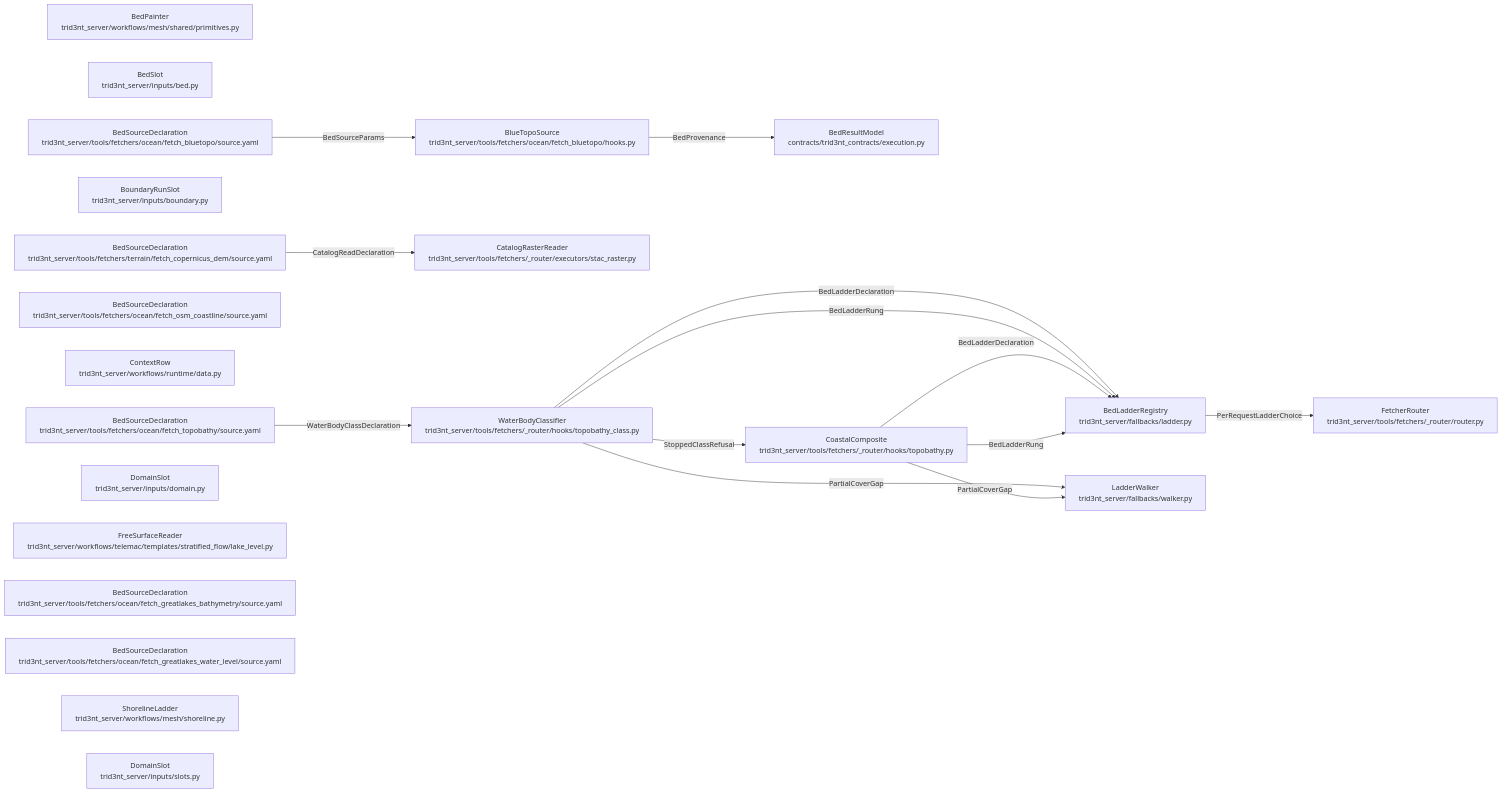
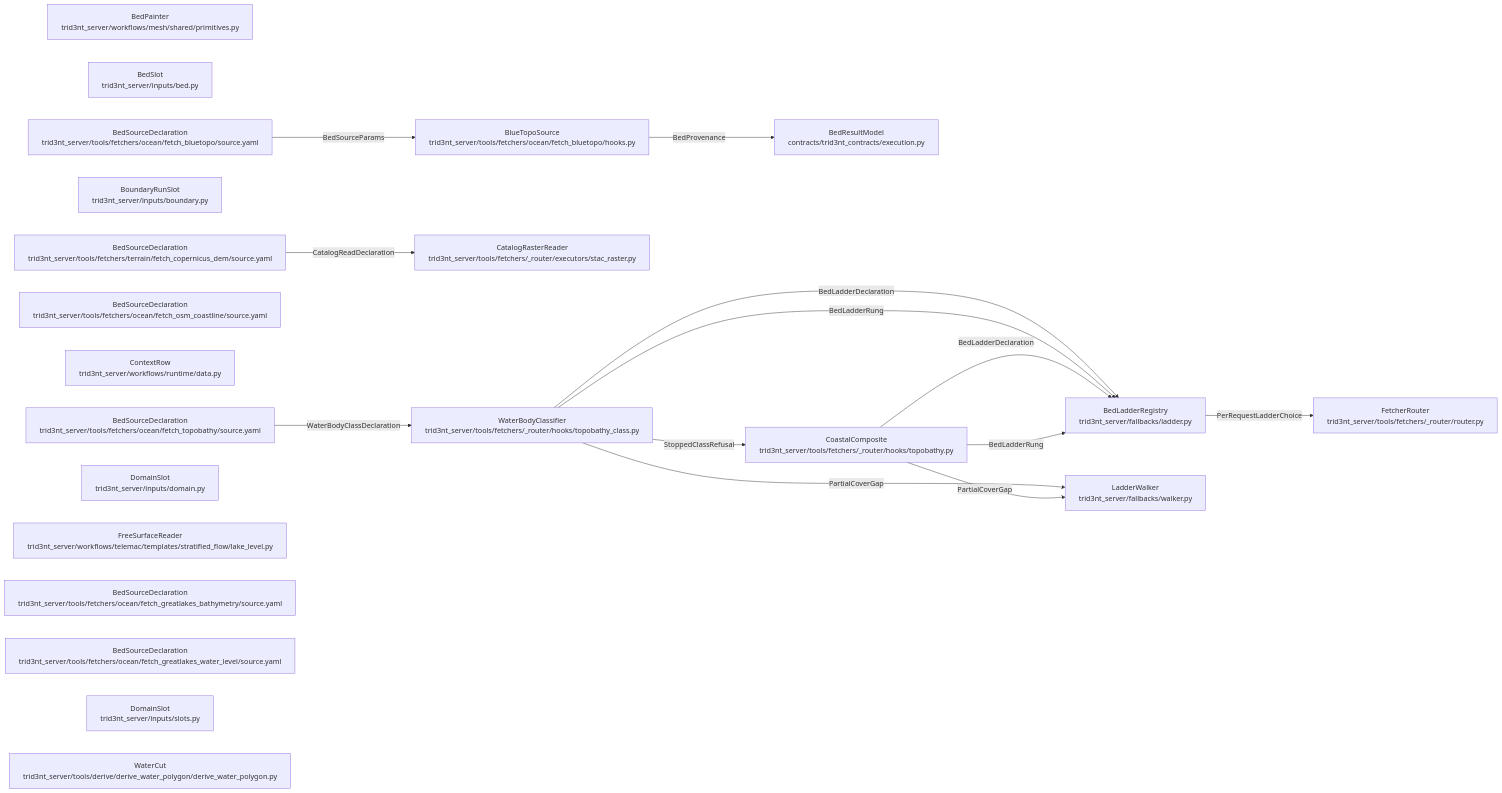
One commit to double-r-squared/trid3nt-qgis-plugin changed the diagram in docs/model/data-seam-view.md. Above: the diagram before and after it, drawn with Mermaid. The commit also changed other lines of this file and 56 other files, not shown here.

````diff
--- a/docs/model/data-seam-view.md
+++ b/docs/model/data-seam-view.md
@@ -9,37 +9,37 @@
 ```mermaid
 flowchart LR
     bedLadderRegistry["BedLadderRegistry<br/>trid3nt_server/fallbacks/ladder.py"]
     bedPainter["BedPainter<br/>trid3nt_server/workflows/mesh/shared/primitives.py"]
     bedResultModel["BedResultModel<br/>contracts/trid3nt_contracts/execution.py"]
     bedSlot["BedSlot<br/>trid3nt_server/inputs/bed.py"]
     blueTopoDeclaration["BedSourceDeclaration<br/>trid3nt_server/tools/fetchers/ocean/fetch_bluetopo/source.yaml"]
     blueTopoSource["BlueTopoSource<br/>trid3nt_server/tools/fetchers/ocean/fetch_bluetopo/hooks.py"]
     boundaryRunSlot["BoundaryRunSlot<br/>trid3nt_server/inputs/boundary.py"]
     coastalComposite["CoastalComposite<br/>trid3nt_server/tools/fetchers/_router/hooks/topobathy.py"]
     coastalDeclaration["BedSourceDeclaration<br/>trid3nt_server/tools/fetchers/ocean/fetch_topobathy/source.yaml"]
     coastlineDeclaration["BedSourceDeclaration<br/>trid3nt_server/tools/fetchers/ocean/fetch_osm_coastline/source.yaml"]
     contextRow["ContextRow<br/>trid3nt_server/workflows/runtime/data.py"]
     copernicusDeclaration["BedSourceDeclaration<br/>trid3nt_server/tools/fetchers/terrain/fetch_copernicus_dem/source.yaml"]
     domainSlot["DomainSlot<br/>trid3nt_server/inputs/domain.py"]
     fetcherRouter["FetcherRouter<br/>trid3nt_server/tools/fetchers/_router/router.py"]
     freeSurfaceReader["FreeSurfaceReader<br/>trid3nt_server/workflows/telemac/templates/stratified_flow/lake_level.py"]
     ladderWalker["LadderWalker<br/>trid3nt_server/fallbacks/walker.py"]
     lakeDeclaration["BedSourceDeclaration<br/>trid3nt_server/tools/fetchers/ocean/fetch_greatlakes_bathymetry/source.yaml"]
     lakeLevelDeclaration["BedSourceDeclaration<br/>trid3nt_server/tools/fetchers/ocean/fetch_greatlakes_water_level/source.yaml"]
-    shorelineLadder["ShorelineLadder<br/>trid3nt_server/workflows/mesh/shoreline.py"]
     slotDoor["DomainSlot<br/>trid3nt_server/inputs/slots.py"]
     stacRasterReader["CatalogRasterReader<br/>trid3nt_server/tools/fetchers/_router/executors/stac_raster.py"]
     waterBodyClassifier["WaterBodyClassifier<br/>trid3nt_server/tools/fetchers/_router/hooks/topobathy_class.py"]
+    waterCut["WaterCut<br/>trid3nt_server/tools/derive/derive_water_polygon/derive_water_polygon.py"]
     blueTopoSource -- "BedProvenance" --> bedResultModel
     blueTopoDeclaration -- "BedSourceParams" --> blueTopoSource
     copernicusDeclaration -- "CatalogReadDeclaration" --> stacRasterReader
     waterBodyClassifier -- "PartialCoverGap" --> ladderWalker
     waterBodyClassifier -- "BedLadderDeclaration" --> bedLadderRegistry
     waterBodyClassifier -- "BedLadderRung" --> bedLadderRegistry
     coastalDeclaration -- "WaterBodyClassDeclaration" --> waterBodyClassifier
     coastalComposite -- "PartialCoverGap" --> ladderWalker
     coastalComposite -- "BedLadderDeclaration" --> bedLadderRegistry
     coastalComposite -- "BedLadderRung" --> bedLadderRegistry
     bedLadderRegistry -- "PerRequestLadderChoice" --> fetcherRouter
     waterBodyClassifier -- "StoppedClassRefusal" --> coastalComposite
 ```
````
